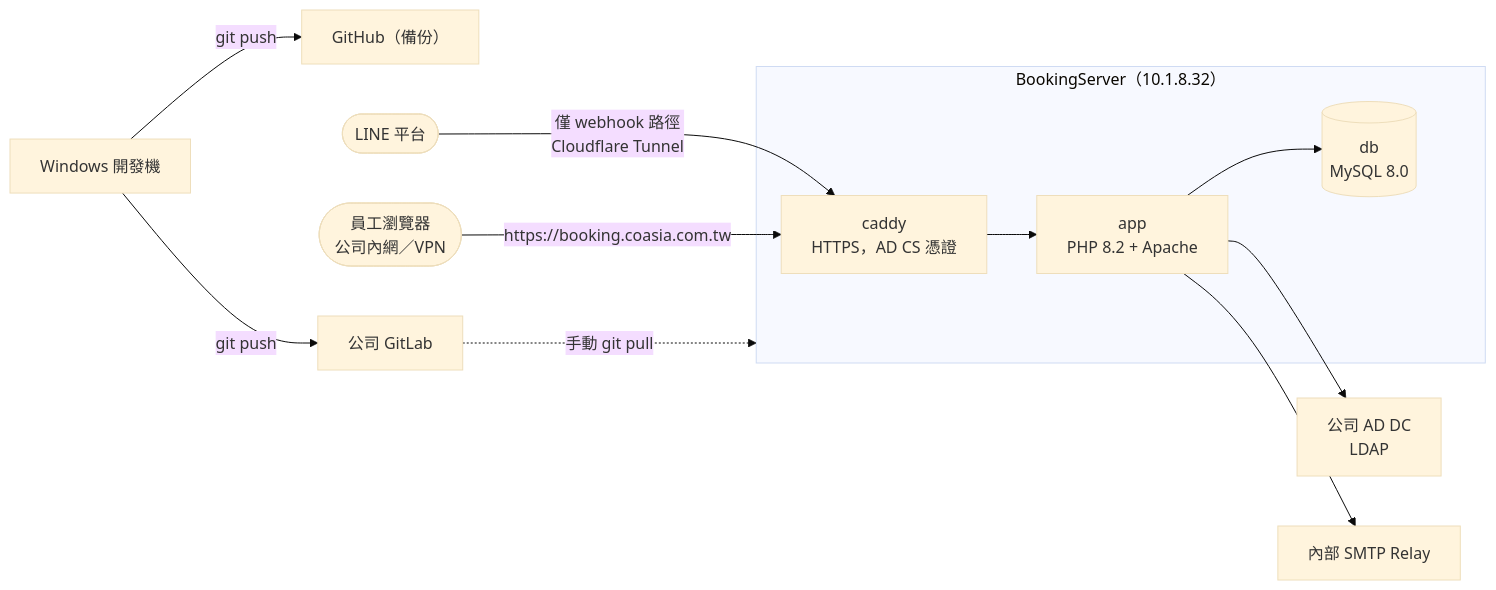
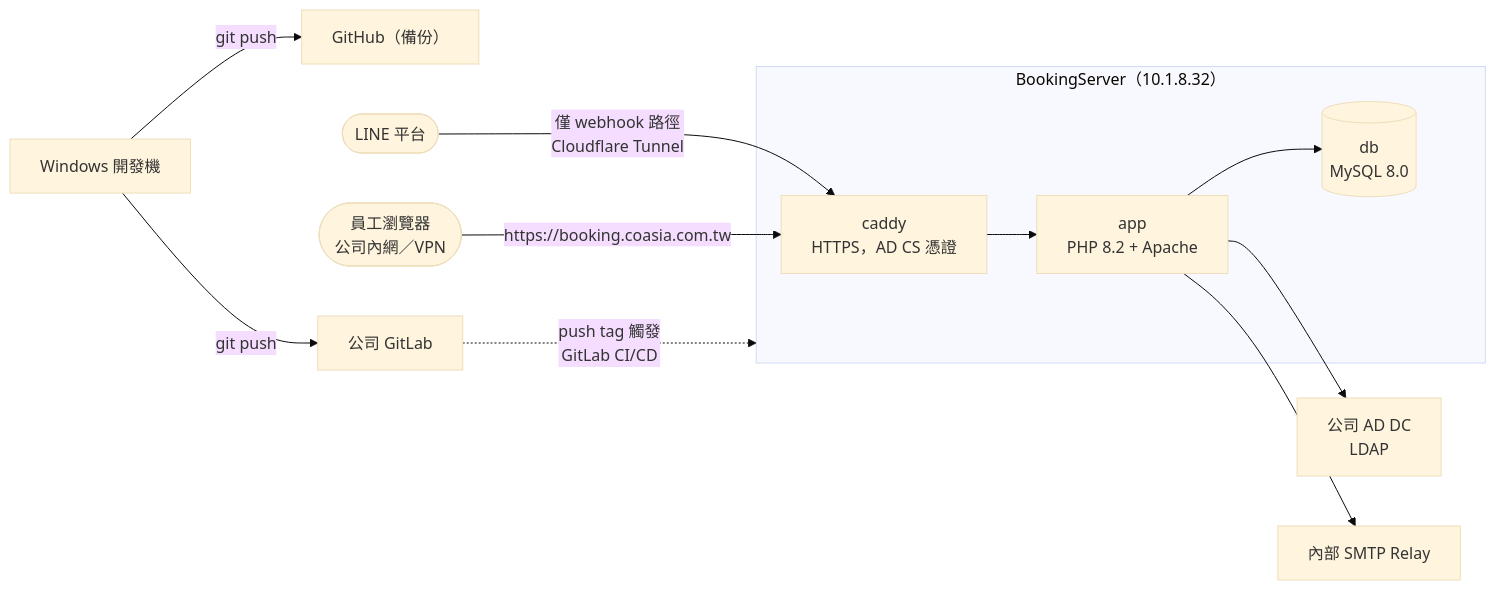
The diagram in README.md (Shawn0604/LibreBooking-CoAsia), drawn with Mermaid (base theme) before and after one commit. The commit also changed other lines of this file and 1 other file, not shown here.

````diff
--- a/README.md
+++ b/README.md
@@ -97,15 +99,15 @@
 ```mermaid
 flowchart LR
     Dev["Windows 開發機"] -->|git push| GH["GitHub（備份）"]
     Dev -->|git push| GL["公司 GitLab"]
-    GL -.->|手動 git pull| VM
+    GL -.->|"push tag 觸發<br/>GitLab CI/CD"| VM
     LINE(["LINE 平台"]) -->|"僅 webhook 路徑<br/>Cloudflare Tunnel"| Caddy
 
     subgraph VM["BookingServer（10.1.8.32）"]
         Caddy["caddy<br/>HTTPS，AD CS 憑證"] --> App["app<br/>PHP 8.2 + Apache"] --> DB[("db<br/>MySQL 8.0")]
     end
 
     User(["員工瀏覽器<br/>公司內網／VPN"]) -->|"https://booking.coasia.com.tw"| Caddy
     App --> DC["公司 AD DC<br/>LDAP"]
     App --> SMTP["內部 SMTP Relay"]
 ```
````
